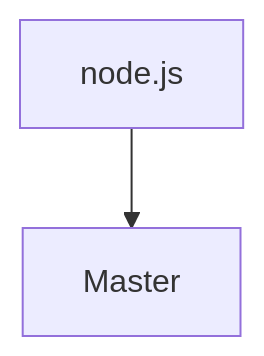
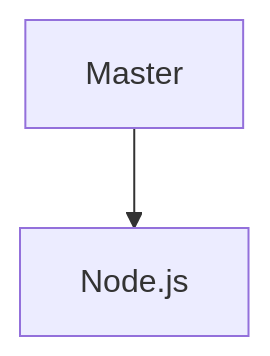
The diagram in README.md (DHIMANvivek/Node.js-Master), drawn with Mermaid before and after one commit.

````diff
--- a/README.md
+++ b/README.md
@@ -3,4 +3,4 @@
 ```mermaid
 graph TD;
-    node.js-->Master;
+    Master-->Node.js;
 ```
````
